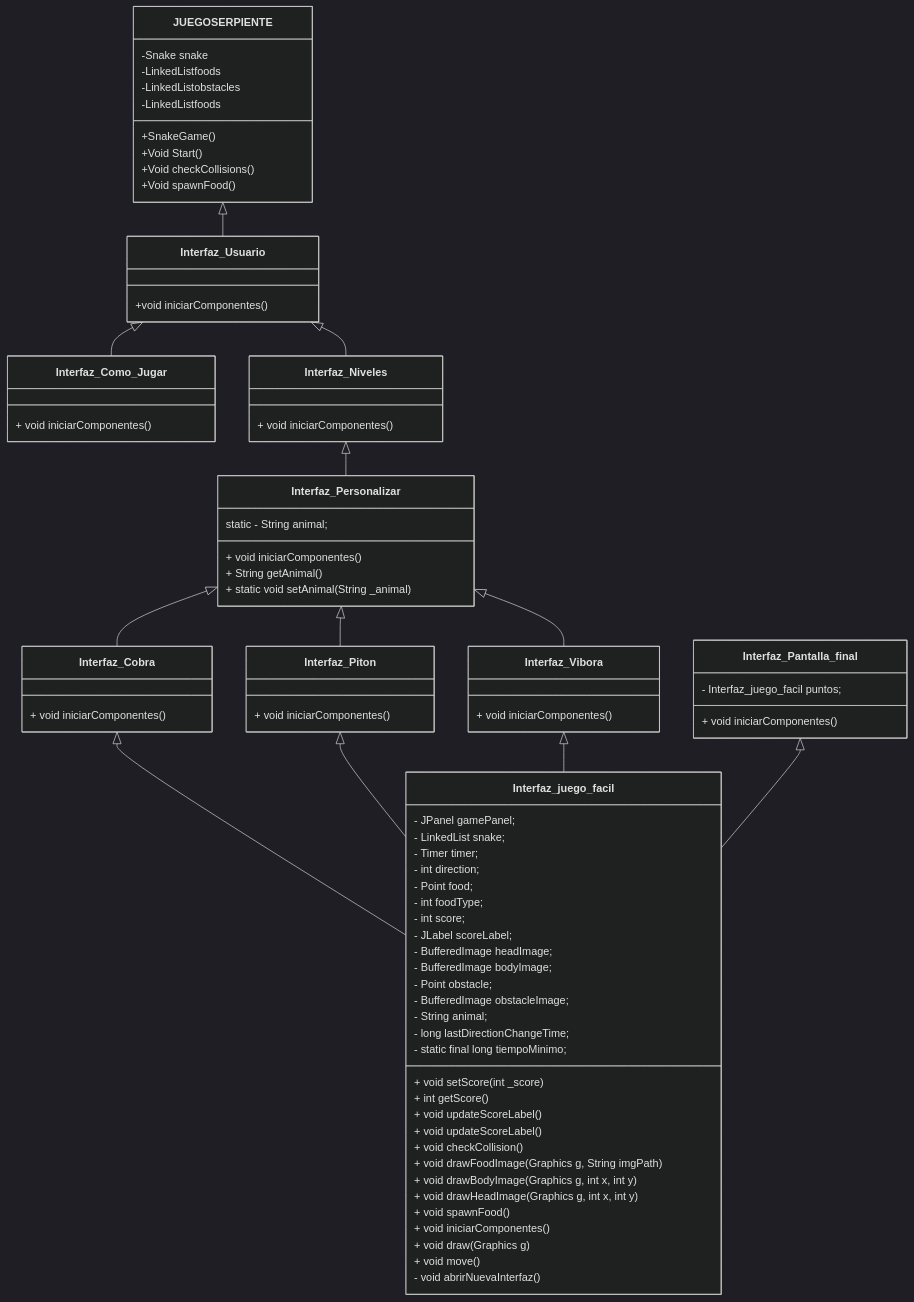
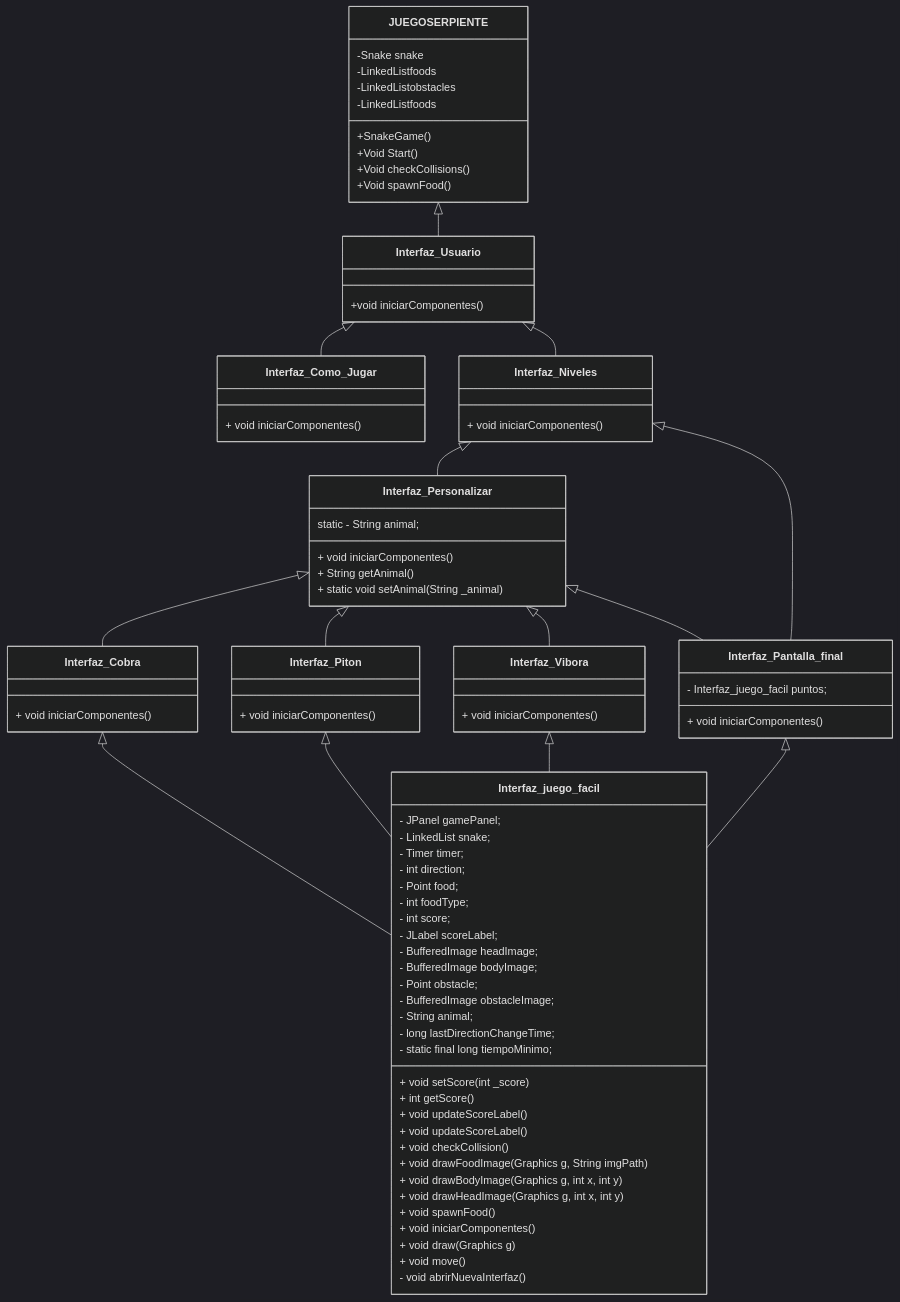
Before and after one commit to amingom/Juego-SnakeChallenge: the diagram in README.md, drawn with Mermaid (dark theme).

````diff
--- a/README.md
+++ b/README.md
@@ -40,6 +40,8 @@
     Interfaz_Personalizar <|-- Interfaz_Piton
     Interfaz_Personalizar <|-- Interfaz_Vibora
     Interfaz_Pantalla_final <|-- Interfaz_juego_facil
+    Interfaz_Personalizar <|-- Interfaz_Pantalla_final
+    Interfaz_Niveles <|-- Interfaz_Pantalla_final
 
     JUEGOSERPIENTE : -Snake snake
     JUEGOSERPIENTE : -LinkedList<Food>foods
@@ -129,4 +131,5 @@
         + void iniciarComponentes()
      }
 
+
 ```
````
